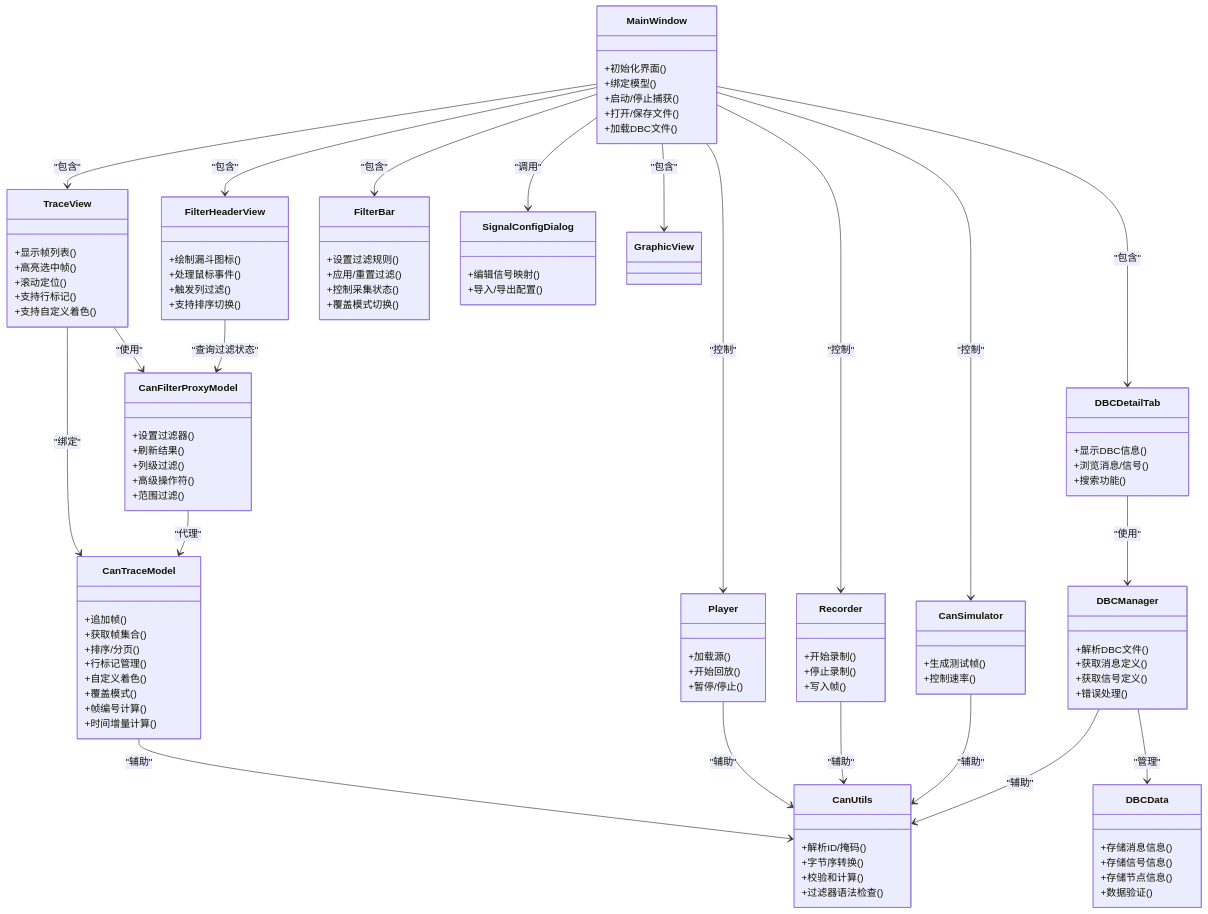
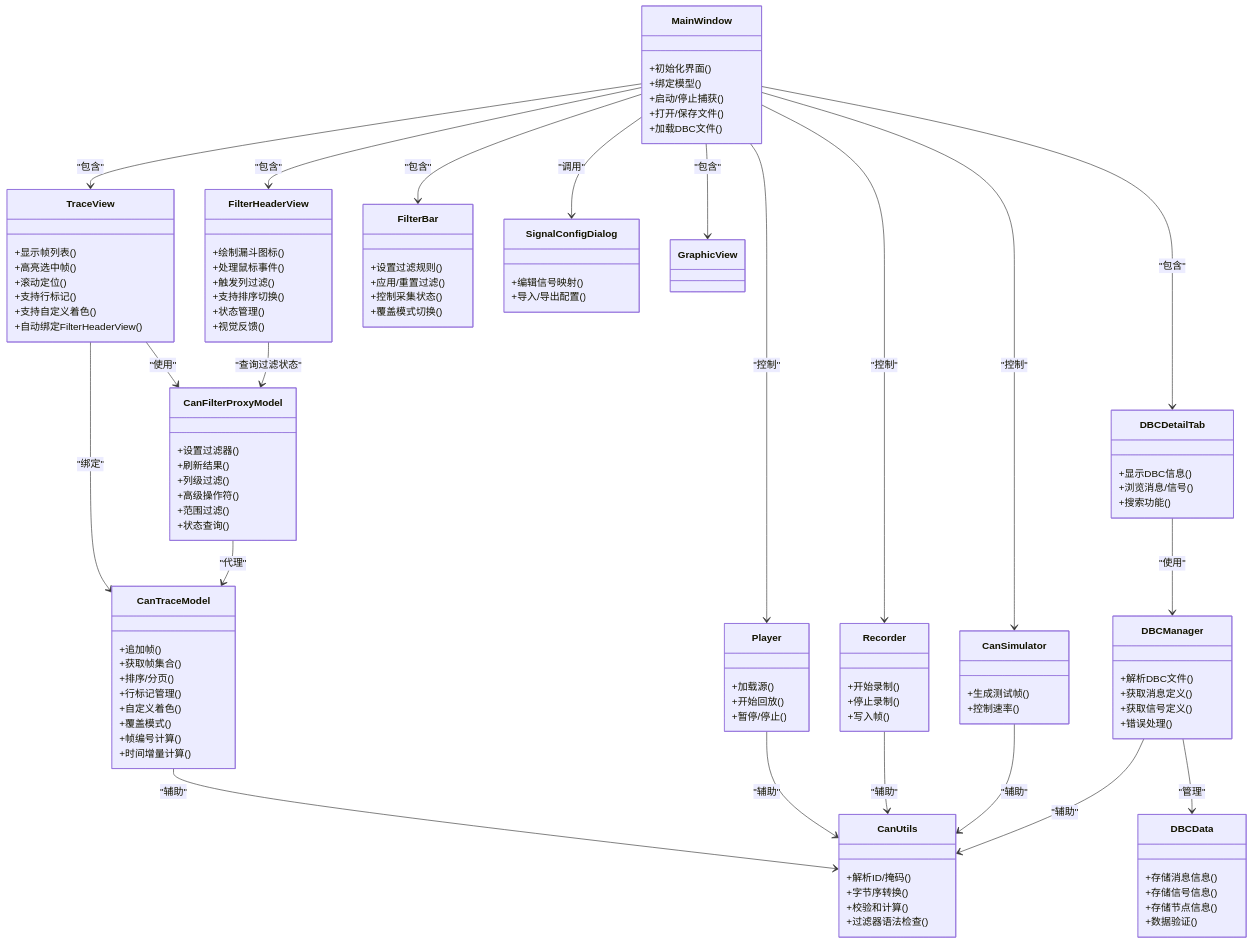
The second of 8 diagrams in .qoder/repowiki/zh/content/项目概述/CAN总线分析工具.md (jakecai1225-design/OpenBus), drawn with Mermaid before and after one commit. The commit also changed other lines of this file and 25 other files, not shown here.

```diff
--- a/.qoder/repowiki/zh/content/项目概述/CAN总线分析工具.md
+++ b/.qoder/repowiki/zh/content/项目概述/CAN总线分析工具.md
@@ -168,12 +169,15 @@
 +滚动定位()
 +支持行标记()
 +支持自定义着色()
++自动绑定FilterHeaderView()
 }
 class FilterHeaderView {
 +绘制漏斗图标()
 +处理鼠标事件()
 +触发列过滤()
 +支持排序切换()
++状态管理()
++视觉反馈()
 }
 class FilterBar {
 +设置过滤规则()
@@ -206,6 +210,7 @@
 +列级过滤()
 +高级操作符()
 +范围过滤()
++状态查询()
 }
 class Player {
 +加载源()
```
